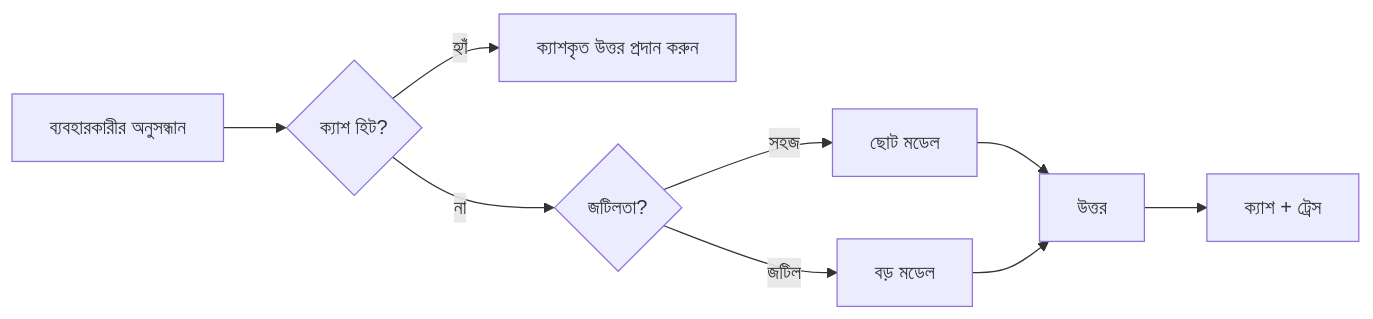
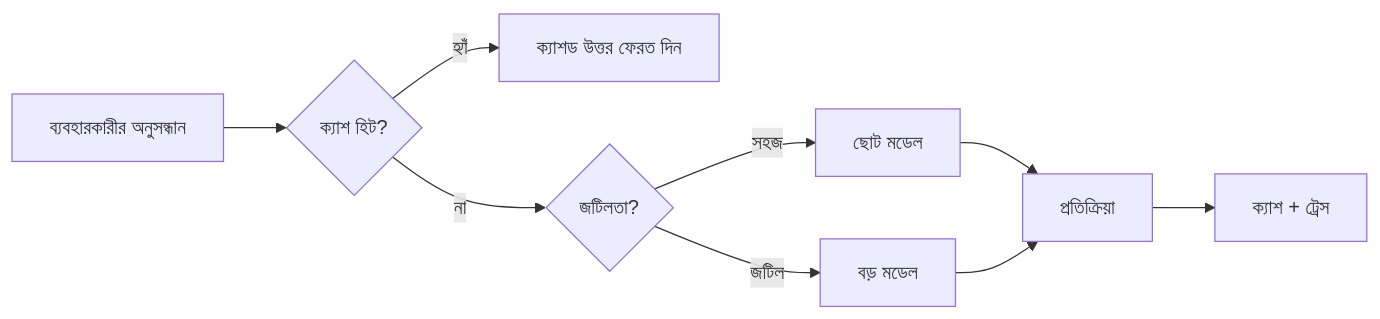
Before and after one commit to gabrielmoreira/agent-skills-mirror: the third of 4 diagrams in mirrors/repos/microsoft@ai-agents-for-beginners/translations/bn/16-deploying-scalable-agents/README.md, drawn with Mermaid. The commit also changed other lines of this file and 3581 other files, not shown here.

````diff
--- a/mirrors/repos/microsoft@ai-agents-for-beginners/translations/bn/16-deploying-scalable-agents/README.md
+++ b/mirrors/repos/microsoft@ai-agents-for-beginners/translations/bn/16-deploying-scalable-agents/README.md
@@ -134,11 +134,11 @@
 ```mermaid
 flowchart LR
     Q[ব্যবহারকারীর অনুসন্ধান] --> C{ক্যাশ হিট?}
-    C -->|হ্যাঁ| R[ক্যাশকৃত উত্তর প্রদান করুন]
+    C -->|হ্যাঁ| R[ক্যাশড উত্তর ফেরত দিন]
     C -->|না| Router{জটিলতা?}
     Router -->|সহজ| SLM[ছোট মডেল]
     Router -->|জটিল| LLM[বড় মডেল]
-    SLM --> Out[উত্তর]
+    SLM --> Out[প্রতিক্রিয়া]
     LLM --> Out
     Out --> Store[ক্যাশ + ট্রেস]
 ```
````
